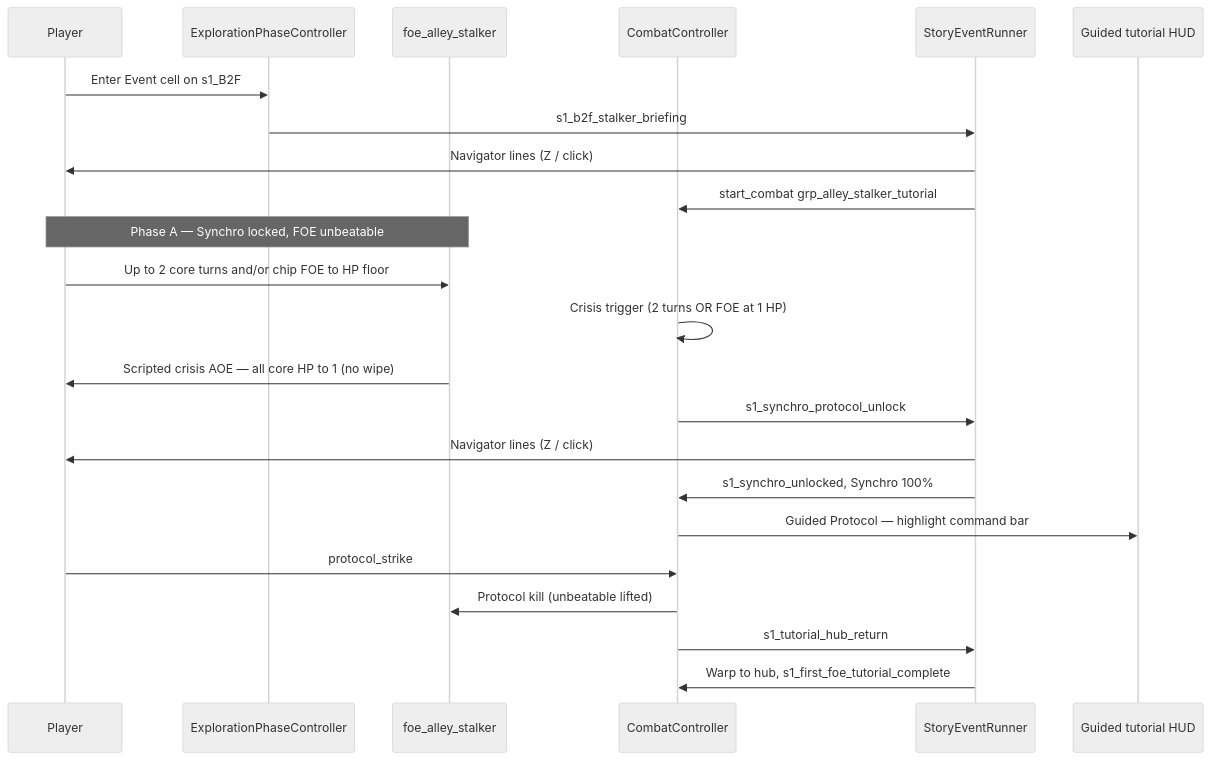
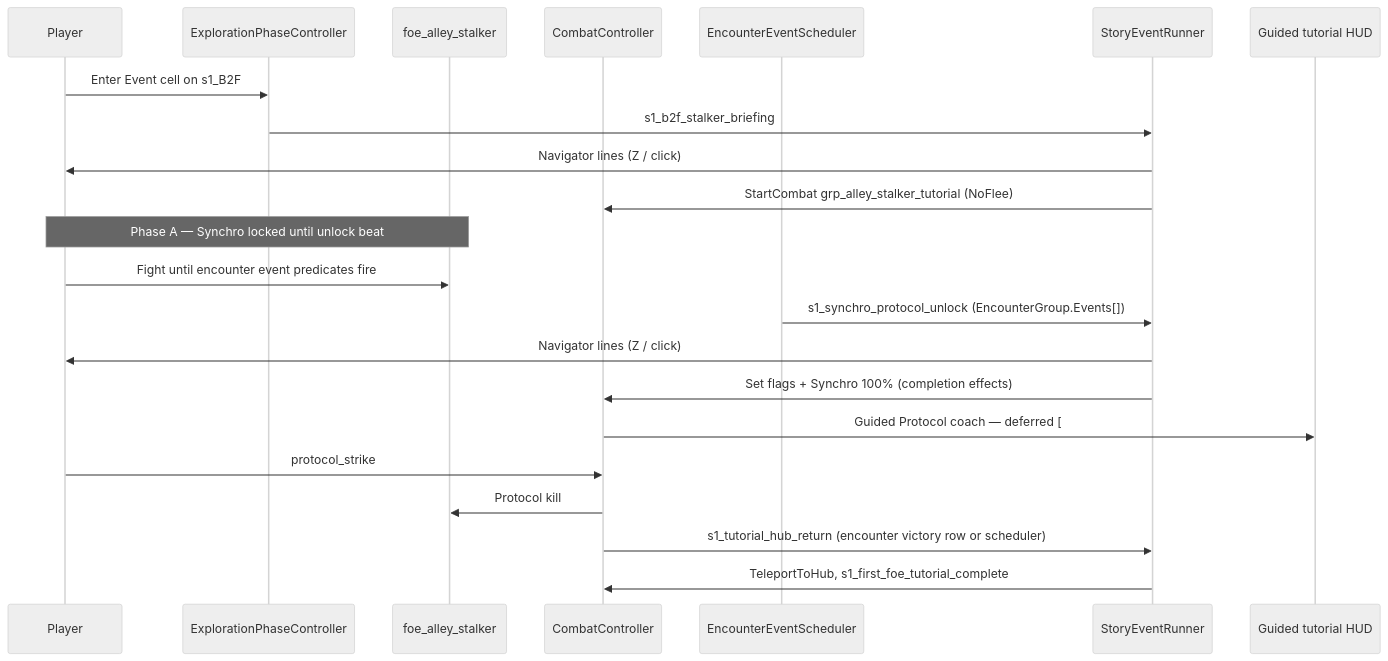
The diagram in docs/02-systems/story-events.md (miramocha/griddungeon-design-docs), drawn with Mermaid (neutral theme) before and after one commit. The commit also changed other lines of this file and 17 other files, not shown here.

First line of the commit message:
docs: sync exploration, bootstrap, and tutorial combat with game

````diff
--- a/docs/02-systems/story-events.md
+++ b/docs/02-systems/story-events.md
@@ -100,26 +99,25 @@
 ```mermaid
 sequenceDiagram
   participant P as Player
   participant EP as ExplorationPhaseController
   participant FOE as foe_alley_stalker
   participant CC as CombatController
+  participant ES as EncounterEventScheduler
   participant VN as StoryEventRunner
   participant HUD as Guided tutorial HUD
 
   P->>EP: Enter Event cell on s1_B2F
   EP->>VN: s1_b2f_stalker_briefing
   VN->>P: Navigator lines (Z / click)
-  VN->>CC: start_combat grp_alley_stalker_tutorial
-  Note over P,FOE: Phase A — Synchro locked, FOE unbeatable
-  P->>FOE: Up to 2 core turns and/or chip FOE to HP floor
-  CC->>CC: Crisis trigger (2 turns OR FOE at 1 HP)
-  FOE->>P: Scripted crisis AOE — all core HP to 1 (no wipe)
-  CC->>VN: s1_synchro_protocol_unlock
+  VN->>CC: StartCombat grp_alley_stalker_tutorial (NoFlee)
+  Note over P,FOE: Phase A — Synchro locked until unlock beat
+  P->>FOE: Fight until encounter event predicates fire
+  ES->>VN: s1_synchro_protocol_unlock (EncounterGroup.Events[])
   VN->>P: Navigator lines (Z / click)
-  VN->>CC: s1_synchro_unlocked, Synchro 100%
-  CC->>HUD: Guided Protocol — highlight command bar
+  VN->>CC: Set flags + Synchro 100% (completion effects)
+  CC->>HUD: Guided Protocol coach — deferred [#88]
   P->>CC: protocol_strike
-  CC->>FOE: Protocol kill (unbeatable lifted)
-  CC->>VN: s1_tutorial_hub_return
-  VN->>CC: Warp to hub, s1_first_foe_tutorial_complete
+  CC->>FOE: Protocol kill
+  CC->>VN: s1_tutorial_hub_return (encounter victory row or scheduler)
+  VN->>CC: TeleportToHub, s1_first_foe_tutorial_complete
 ```
````
